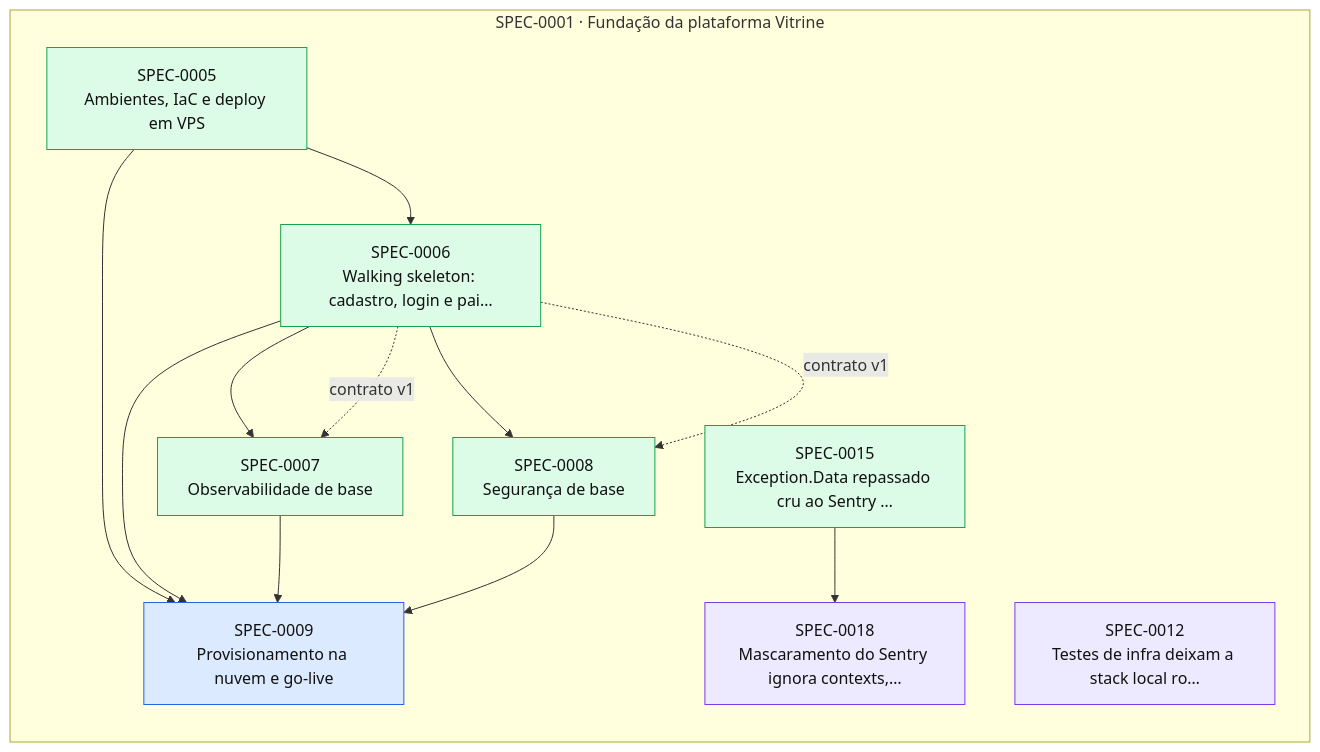
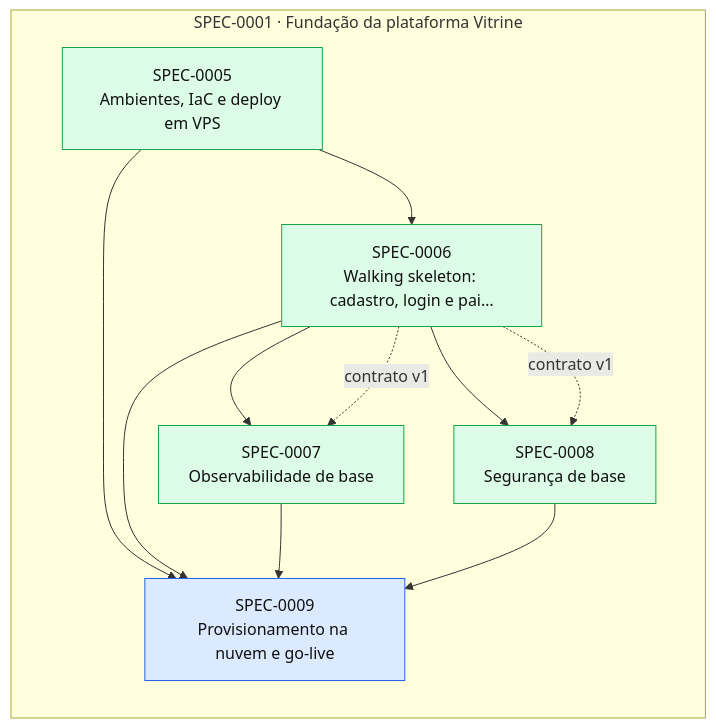
The diagram in docs/specs/INDEX.md (thomasravache/vitrine), drawn with Mermaid before and after one commit. The commit also changed other lines of this file and 3 other files, not shown here.

````diff
--- a/docs/specs/INDEX.md
+++ b/docs/specs/INDEX.md
@@ -58,28 +56,24 @@
 ```mermaid
 flowchart LR
   subgraph E0001["SPEC-0001 · Fundação da plataforma Vitrine"]
     S0005["SPEC-0005<br/>Ambientes, IaC e deploy em VPS"]:::implemented
     S0006["SPEC-0006<br/>Walking skeleton: cadastro, login e pai…"]:::implemented
     S0007["SPEC-0007<br/>Observabilidade de base"]:::implemented
     S0008["SPEC-0008<br/>Segurança de base"]:::implemented
     S0009["SPEC-0009<br/>Provisionamento na nuvem e go-live"]:::approved
-    S0012["SPEC-0012<br/>Testes de infra deixam a stack local ro…"]:::inprogress
-    S0015["SPEC-0015<br/>Exception.Data repassado cru ao Sentry …"]:::implemented
-    S0018["SPEC-0018<br/>Mascaramento do Sentry ignora contexts,…"]:::inprogress
   end
   S0005 --> S0006
   S0006 --> S0007
   S0006 -. contrato v1 .-> S0007
   S0006 --> S0008
   S0006 -. contrato v1 .-> S0008
   S0005 --> S0009
   S0006 --> S0009
   S0007 --> S0009
   S0008 --> S0009
-  S0015 --> S0018
   classDef proposed fill:#fef3c7,stroke:#d97706,color:#111
   classDef approved fill:#dbeafe,stroke:#2563eb,color:#111
   classDef inprogress fill:#ede9fe,stroke:#7c3aed,color:#111
   classDef implemented fill:#dcfce7,stroke:#16a34a,color:#111
   classDef deprecated fill:#f3f4f6,stroke:#9ca3af,color:#6b7280
 ```
````
